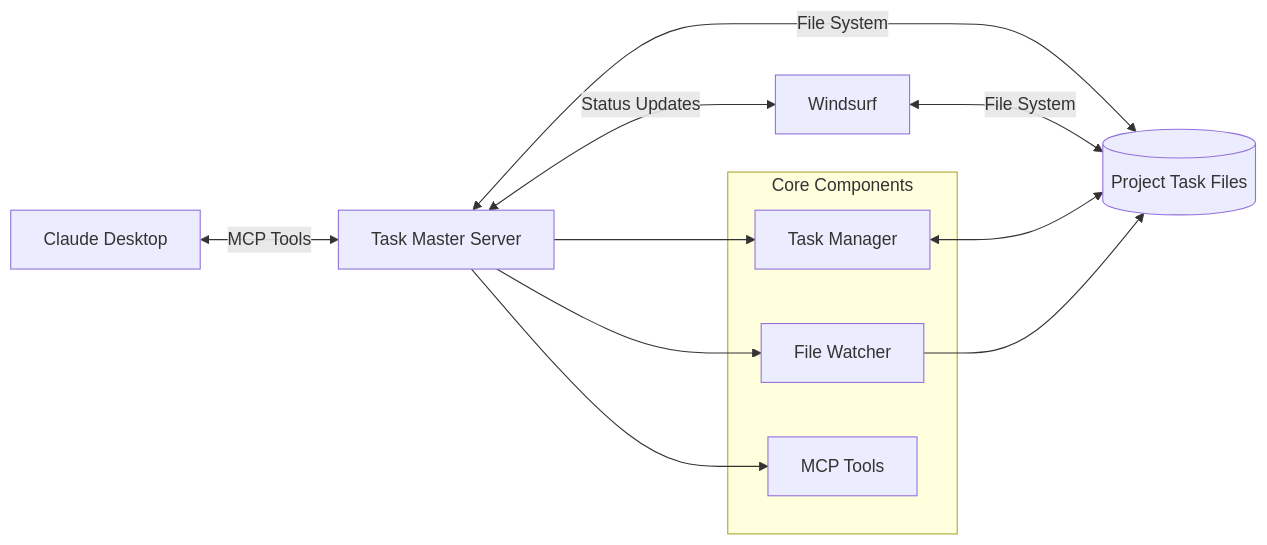
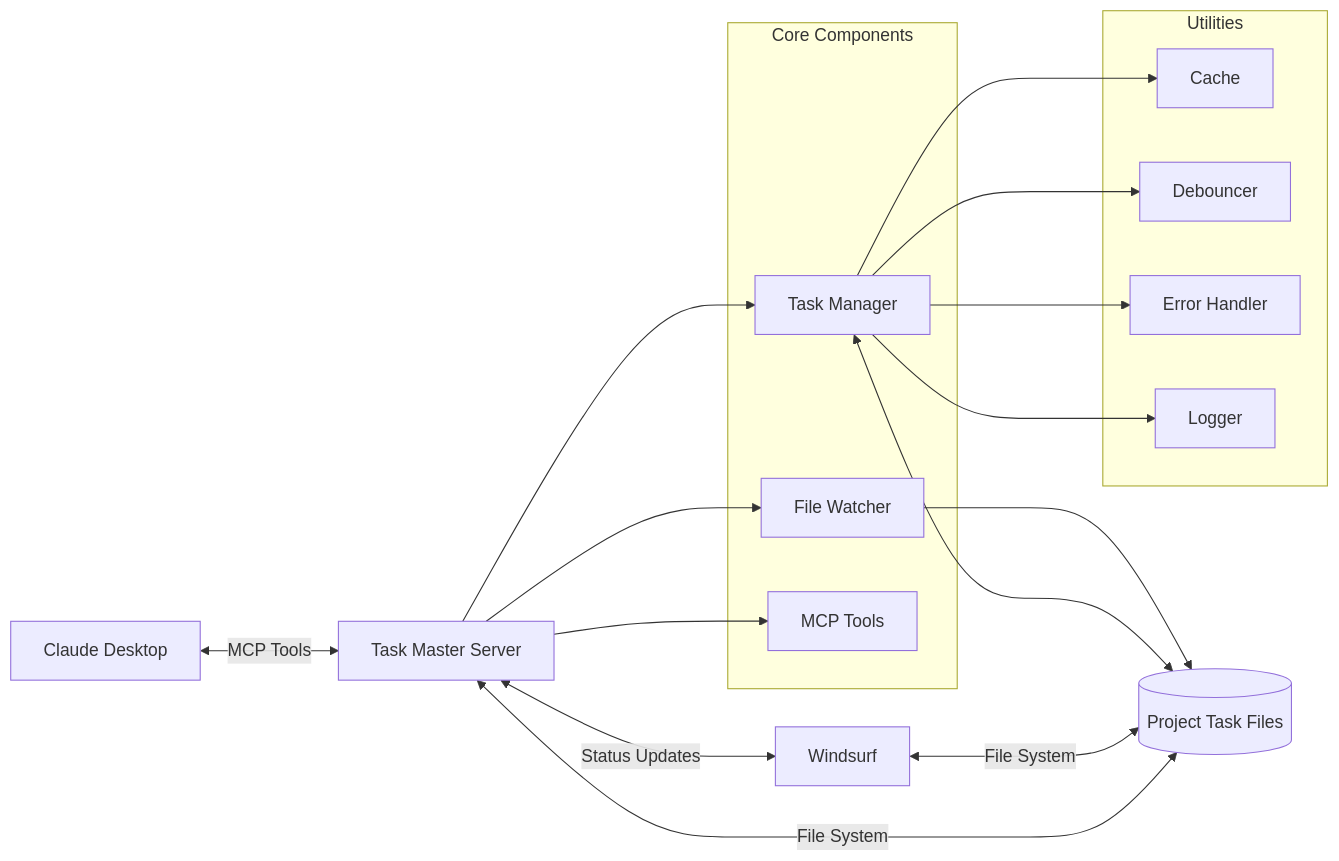
The first of 3 diagrams in README.md (htooayelwinict/windsurf-task-master), drawn with Mermaid before and after one commit. The commit also changed other lines of this file and 24 other files, not shown here.

Commit message:
v2.1 : patch all the tools and task-manager for the audit version

````diff
--- a/README.md
+++ b/README.md
@@ -19,19 +21,30 @@
 ```mermaid
 flowchart LR
     Claude[Claude Desktop] <-->|MCP Tools| Server[Task Master Server]
     Server <-->|File System| TaskFiles[(Project Task Files)]
     Windsurf[Windsurf] <-->|File System| TaskFiles
     Server <-->|Status Updates| Windsurf
     
     subgraph "Core Components"
         TaskManager[Task Manager]
         FileWatcher[File Watcher]
         Tools[MCP Tools]
     end
     
+    subgraph "Utilities"
+        Cache[Cache]
+        Debouncer[Debouncer]
+        ErrorHandler[Error Handler]
+        Logger[Logger]
+    end
+    
     Server --> TaskManager
     Server --> FileWatcher
     Server --> Tools
     TaskManager <--> TaskFiles
     FileWatcher --> TaskFiles
+    TaskManager --> Cache
+    TaskManager --> Debouncer
+    TaskManager --> ErrorHandler
+    TaskManager --> Logger
 ```
````
